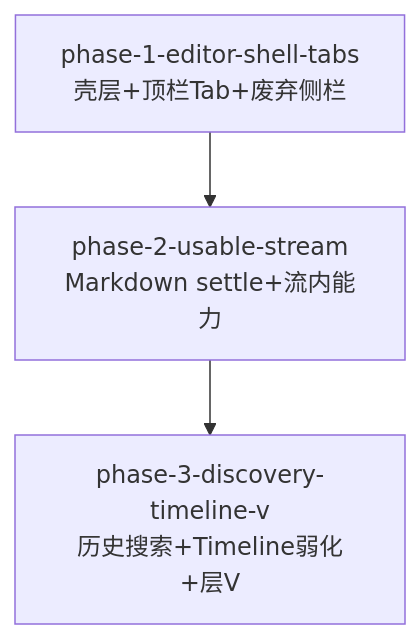
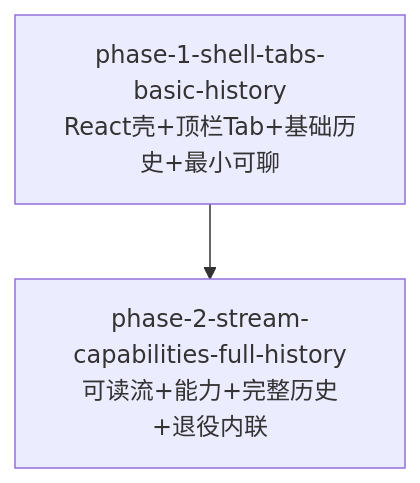
One commit to chenxidada/deepseek-harness changed the diagram in .specdev/specs/vscode-dsh-editor-chat-panel/phase-plan.md. Above: the diagram before and after it, drawn with Mermaid. The commit also changed other lines of this file and 82 other files, not shown here.

First line of the commit message:
Phase phase-1-shell-tabs-basic-history: editor WebviewPanel + React shell, tabs, basic history

````diff
--- a/.specdev/specs/vscode-dsh-editor-chat-panel/phase-plan.md
+++ b/.specdev/specs/vscode-dsh-editor-chat-panel/phase-plan.md
@@ -21,7 +36,6 @@
 ```mermaid
 graph TD
-  P1[phase-1-editor-shell-tabs<br/>壳层+顶栏Tab+废弃侧栏]
-  P2[phase-2-usable-stream<br/>Markdown settle+流内能力]
-  P3[phase-3-discovery-timeline-v<br/>历史搜索+Timeline弱化+层V]
-  P1 --> P2 --> P3
+  P1["phase-1-shell-tabs-basic-history<br/>React壳+顶栏Tab+基础历史+最小可聊"]
+  P2["phase-2-stream-capabilities-full-history<br/>可读流+能力+完整历史+退役内联"]
+  P1 --> P2
 ```
````
